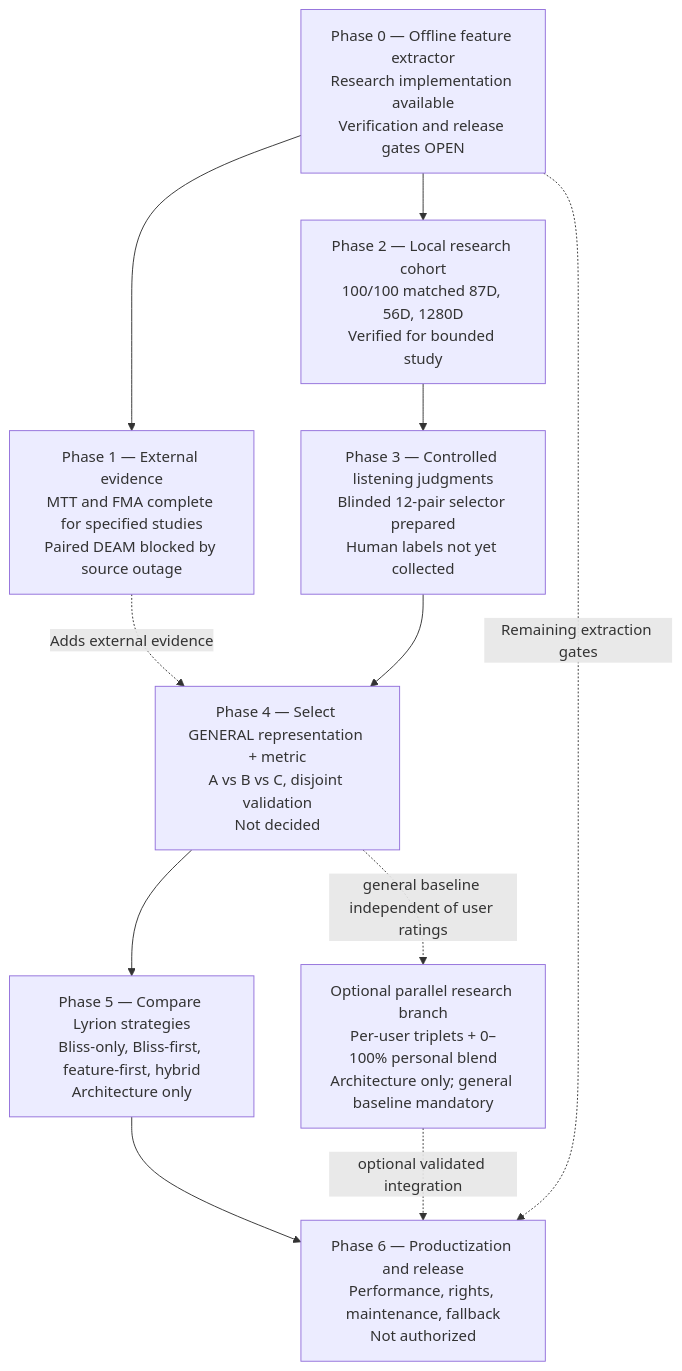
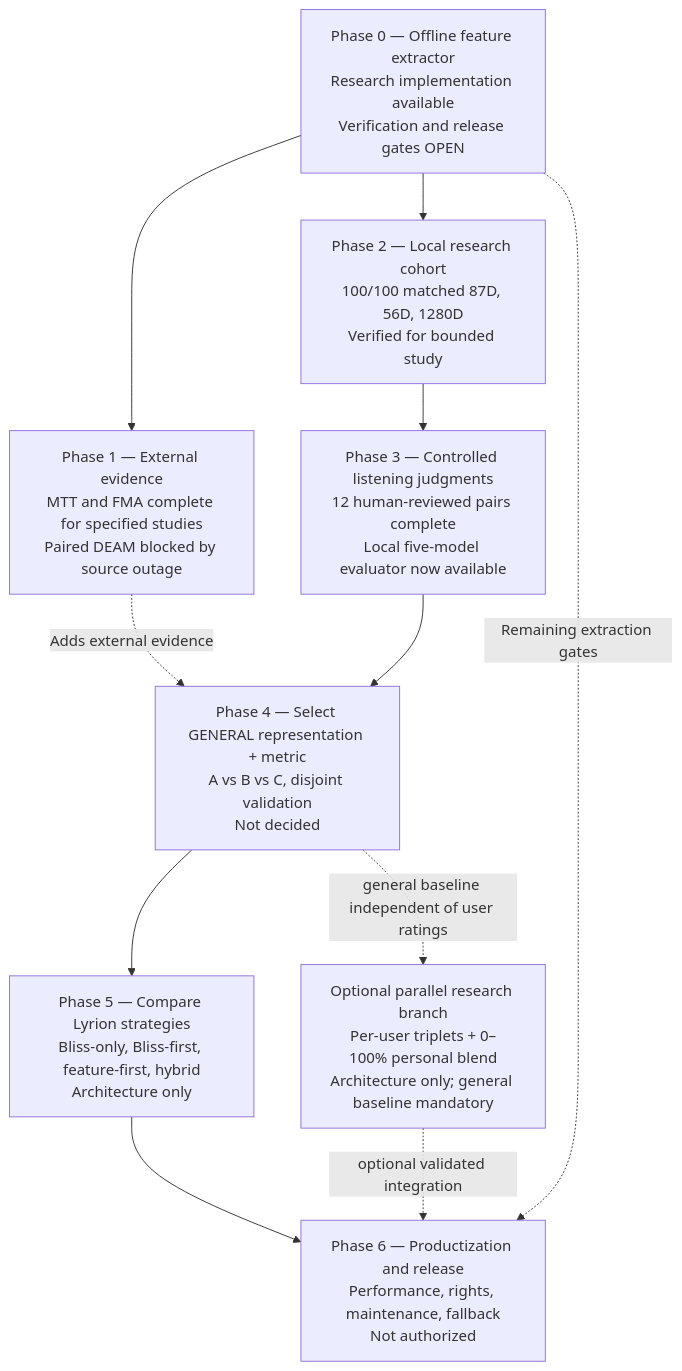
The first of 4 diagrams in docs/similarity-lyrion-roadmap.md (chrober/bliss-mood-poc), drawn with Mermaid before and after one commit. The commit also changed other lines of this file, not shown here.

Commit message:
docs: roadmap updated for completed human review and five-score local ordinal evaluation

````diff
--- a/docs/similarity-lyrion-roadmap.md
+++ b/docs/similarity-lyrion-roadmap.md
@@ -75,18 +75,18 @@
 ```mermaid
 flowchart TD
     P0["Phase 0 — Offline feature extractor<br/>Research implementation available<br/>Verification and release gates OPEN"]
     P1["Phase 1 — External evidence<br/>MTT and FMA complete for specified studies<br/>Paired DEAM blocked by source outage"]
     P2["Phase 2 — Local research cohort<br/>100/100 matched 87D, 56D, 1280D<br/>Verified for bounded study"]
-    P3["Phase 3 — Controlled listening judgments<br/>Blinded 12-pair selector prepared<br/>Human labels not yet collected"]
+    P3["Phase 3 — Controlled listening judgments<br/>12 human-reviewed pairs complete<br/>Local five-model evaluator now available"]
     P4["Phase 4 — Select GENERAL representation + metric<br/>A vs B vs C, disjoint validation<br/>Not decided"]
     P5["Phase 5 — Compare Lyrion strategies<br/>Bliss-only, Bliss-first, feature-first, hybrid<br/>Architecture only"]
     PPERSONAL["Optional parallel research branch<br/>Per-user triplets + 0–100% personal blend<br/>Architecture only; general baseline mandatory"]
     P6["Phase 6 — Productization and release<br/>Performance, rights, maintenance, fallback<br/>Not authorized"]
     P0 --> P1
     P0 --> P2
     P1 -. "Adds external evidence" .-> P4
     P2 --> P3 --> P4 --> P5 --> P6
     P4 -. "general baseline independent of user ratings" .-> PPERSONAL
     PPERSONAL -. "optional validated integration" .-> P6
     P0 -. "Remaining extraction gates" .-> P6
 ```
````
